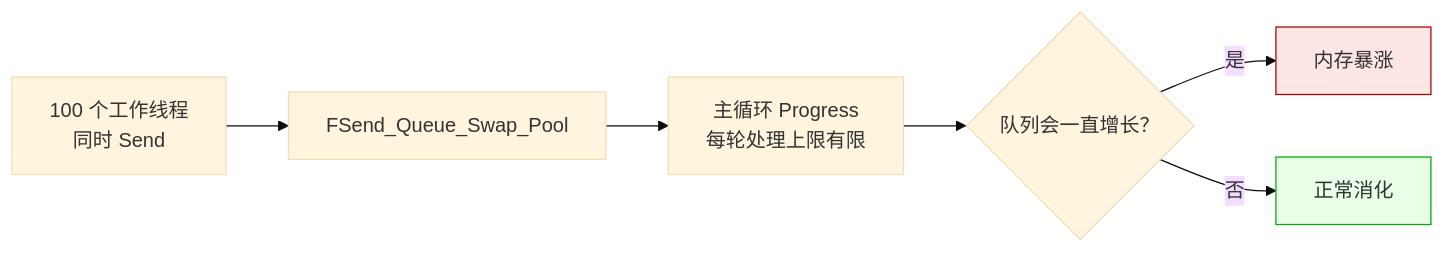
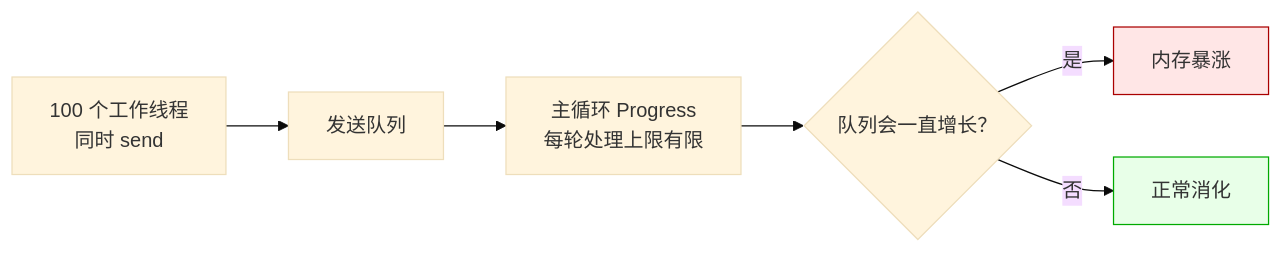
Before and after one commit to PassByYou888/LingoFuse: the fourth of 4 diagrams in doc/LF_Concurrent_Send.md, drawn with Mermaid (base theme). The commit also changed other lines of this file, not shown here.

````diff
--- a/doc/LF_Concurrent_Send.md
+++ b/doc/LF_Concurrent_Send.md
@@ -72,11 +147,11 @@
 ```mermaid
 flowchart LR
-    A["100 个工作线程<br/>同时 Send"] --> B["FSend_Queue_Swap_Pool"]
+    A["100 个工作线程<br/>同时 send"] --> B["发送队列"]
     B --> C["主循环 Progress<br/>每轮处理上限有限"]
     C --> D{"队列会一直增长？"}
     D -- "是" --> E["内存暴涨"]
     D -- "否" --> F["正常消化"]
 
     style E fill:#ffe6e6,stroke:#a00
     style F fill:#e8ffe8,stroke:#0a0
 ```
````
